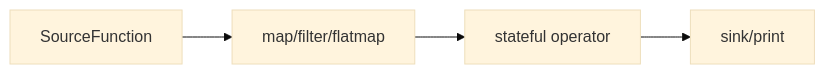
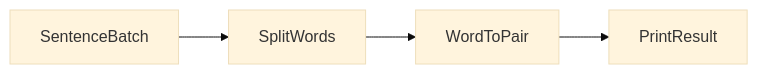
Before and after one commit to peilin9990/SAGE-Pub: the diagram in docs_src/get_start/cpu_examples/streaming/unlimited_streaming.md, drawn with Mermaid (base theme). The commit also changed other lines of this file and 6 other files, not shown here.

````diff
--- a/docs_src/get_start/cpu_examples/streaming/unlimited_streaming.md
+++ b/docs_src/get_start/cpu_examples/streaming/unlimited_streaming.md
@@ -16,6 +5,6 @@
 ```mermaid
 graph LR
-    A[SourceFunction] --> B[map/filter/flatmap]
-    B --> C[stateful operator]
-    C --> D[sink/print]
+    A[SentenceBatch] --> B[SplitWords]
+    B --> C[WordToPair]
+    C --> D[PrintResult]
 ```
````
